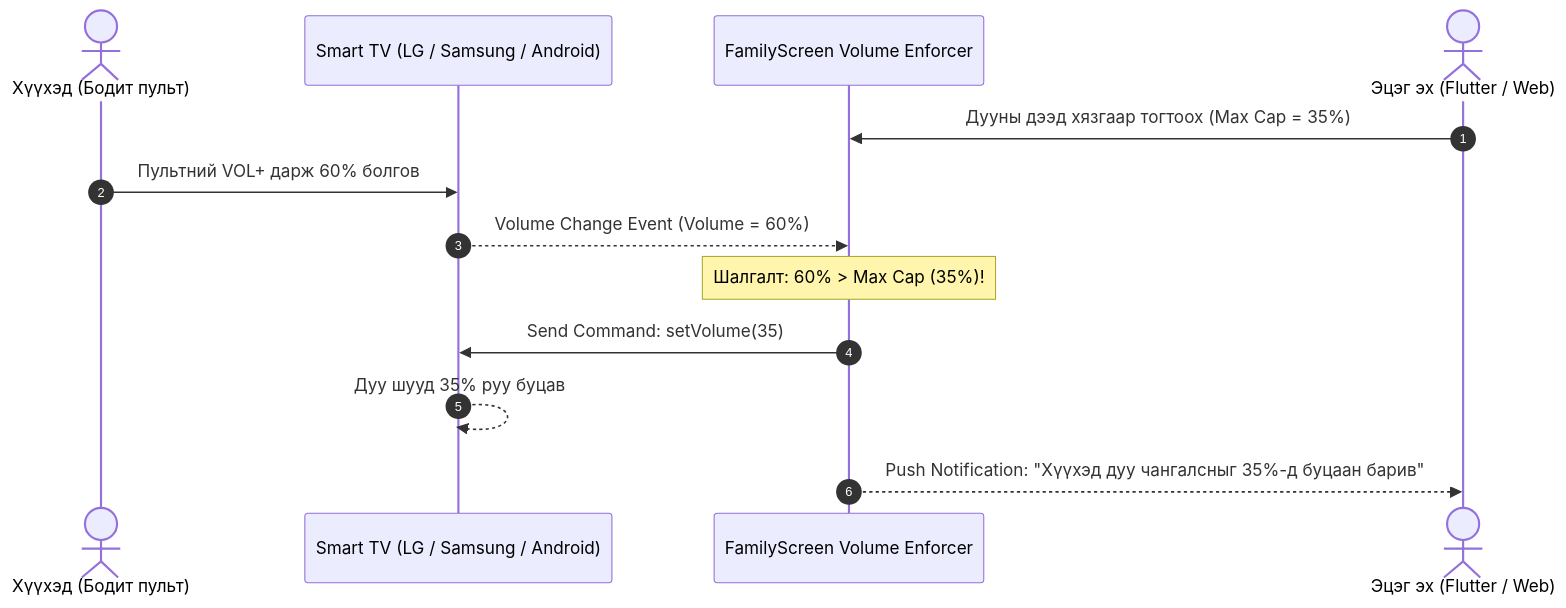
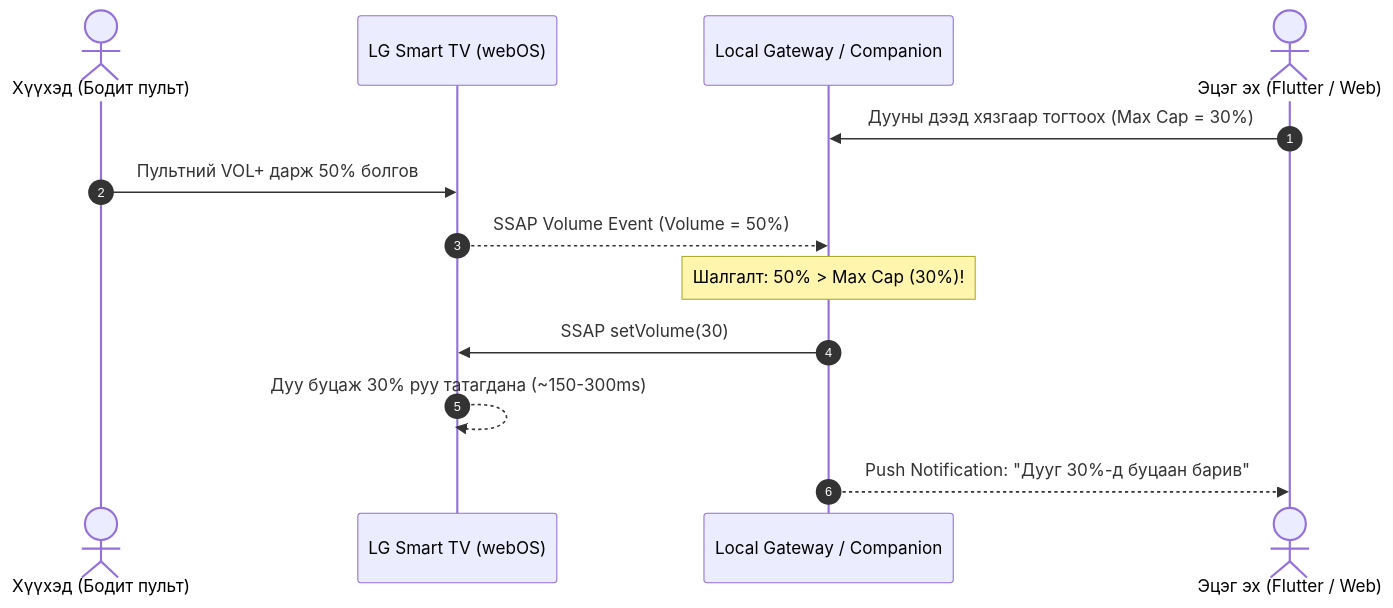
The diagram in docs/11-universal-tv-control-architecture.md (AriukagiinTuvshoo/TVCONTROL), drawn with Mermaid before and after one commit. The commit also changed other lines of this file and 4 other files, not shown here.

````diff
--- a/docs/11-universal-tv-control-architecture.md
+++ b/docs/11-universal-tv-control-architecture.md
@@ -119,16 +124,16 @@
 ```mermaid
 sequenceDiagram
     autonumber
     actor Child as Хүүхэд (Бодит пульт)
-    participant TV as Smart TV (LG / Samsung / Android)
-    participant Enforcer as FamilyScreen Volume Enforcer
+    participant TV as LG Smart TV (webOS)
+    participant Enforcer as Local Gateway / Companion
     actor Parent as Эцэг эх (Flutter / Web)
 
-    Parent->>Enforcer: Дууны дээд хязгаар тогтоох (Max Cap = 35%)
-    Child->>TV: Пультний VOL+ дарж 60% болгов
-    TV-->>Enforcer: Volume Change Event (Volume = 60%)
-    Note over Enforcer: Шалгалт: 60% > Max Cap (35%)!
-    Enforcer->>TV: Send Command: setVolume(35)
-    TV-->>TV: Дуу шууд 35% руу буцав
-    Enforcer-->>Parent: Push Notification: "Хүүхэд дуу чангалсныг 35%-д буцаан барив"
+    Parent->>Enforcer: Дууны дээд хязгаар тогтоох (Max Cap = 30%)
+    Child->>TV: Пультний VOL+ дарж 50% болгов
+    TV-->>Enforcer: SSAP Volume Event (Volume = 50%)
+    Note over Enforcer: Шалгалт: 50% > Max Cap (30%)!
+    Enforcer->>TV: SSAP setVolume(30)
+    TV-->>TV: Дуу буцаж 30% руу татагдана (~150-300ms)
+    Enforcer-->>Parent: Push Notification: "Дууг 30%-д буцаан барив"
 ```
````
